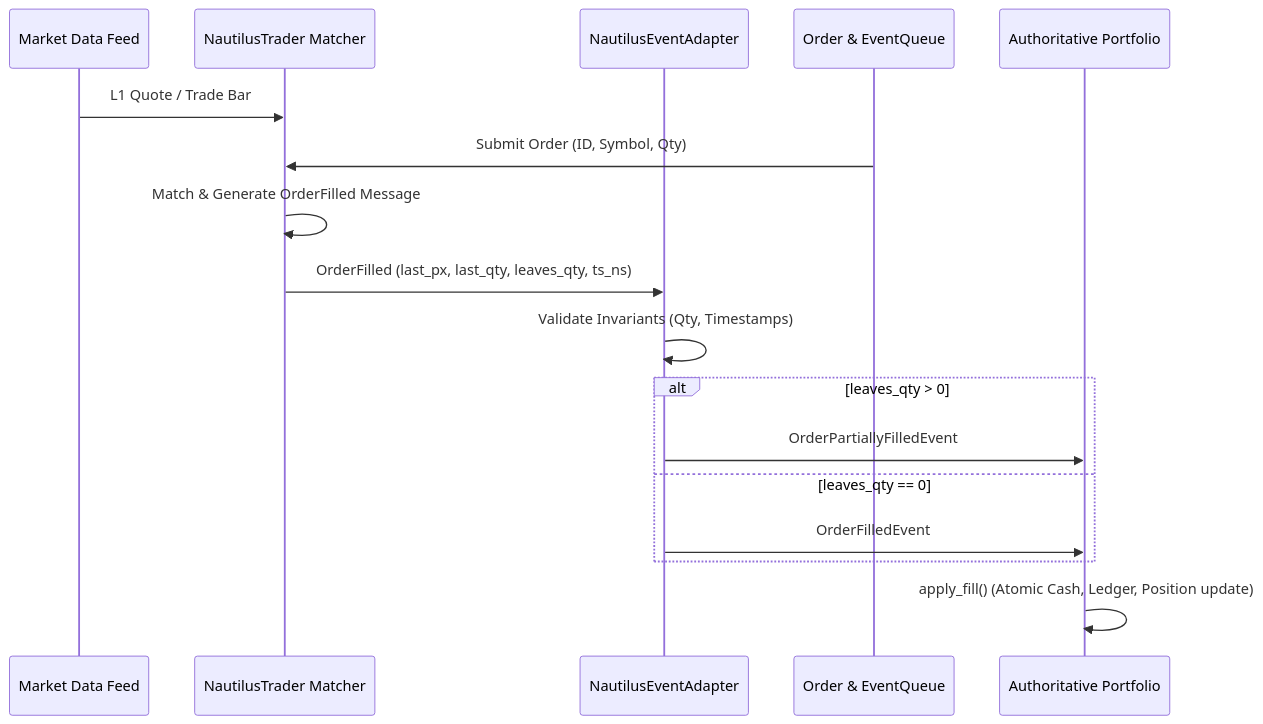
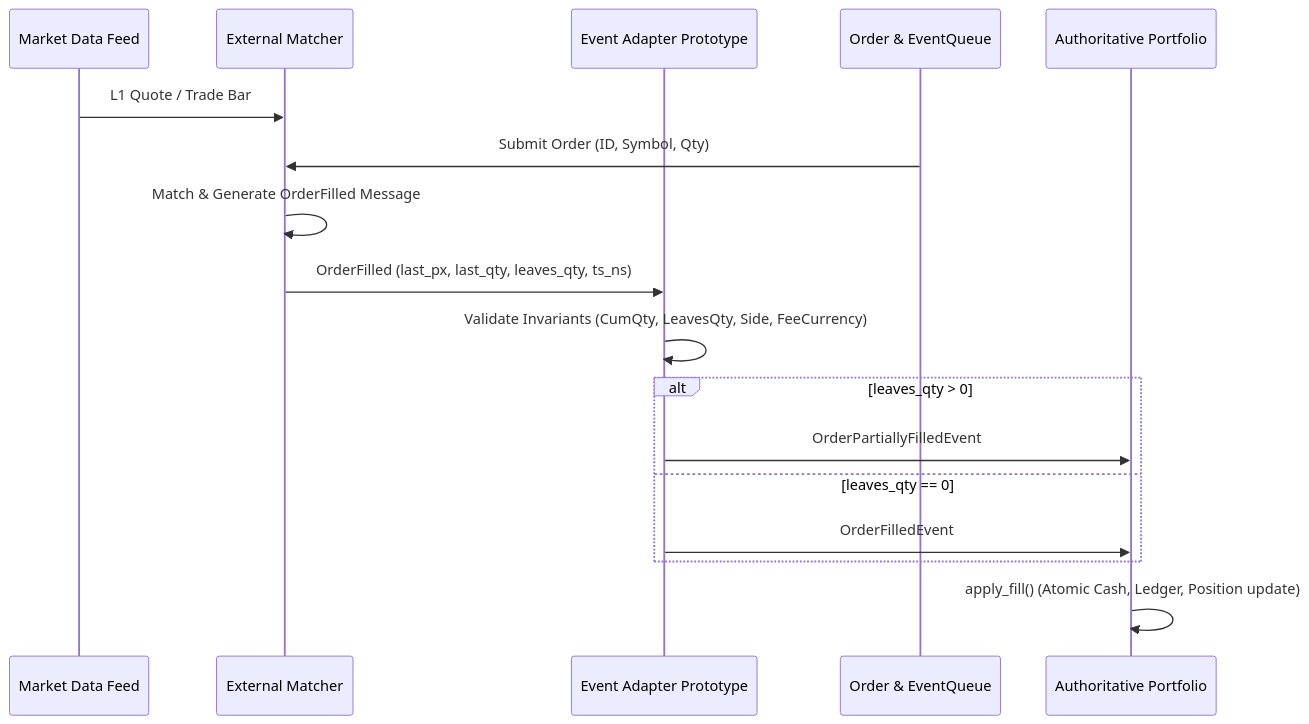
One commit to Yokaham/hybrid-ai-trading-agent changed the diagram in research/execution_engine_evaluation/nautilus_integration_pilot.md. Above: the diagram before and after it, drawn with Mermaid. The commit also changed other lines of this file and 6 other files, not shown here.

Commit message:
docs(research): correct evaluation evidence with genuine NautilusTrader runtime tests and specify native execution architecture

````diff
--- a/research/execution_engine_evaluation/nautilus_integration_pilot.md
+++ b/research/execution_engine_evaluation/nautilus_integration_pilot.md
@@ -90,20 +68,20 @@
 ```mermaid
 sequenceDiagram
     participant MarketData as Market Data Feed
-    participant Engine as NautilusTrader Matcher
-    participant Adapter as NautilusEventAdapter
+    participant Engine as External Matcher
+    participant Adapter as Event Adapter Prototype
     participant Core as Order & EventQueue
     participant Portfolio as Authoritative Portfolio
 
     MarketData->>Engine: L1 Quote / Trade Bar
     Core->>Engine: Submit Order (ID, Symbol, Qty)
     Engine->>Engine: Match & Generate OrderFilled Message
     Engine->>Adapter: OrderFilled (last_px, last_qty, leaves_qty, ts_ns)
-    Adapter->>Adapter: Validate Invariants (Qty, Timestamps)
+    Adapter->>Adapter: Validate Invariants (CumQty, LeavesQty, Side, FeeCurrency)
     alt leaves_qty > 0
         Adapter->>Portfolio: OrderPartiallyFilledEvent
     else leaves_qty == 0
         Adapter->>Portfolio: OrderFilledEvent
     end
     Portfolio->>Portfolio: apply_fill() (Atomic Cash, Ledger, Position update)
 ```
````
